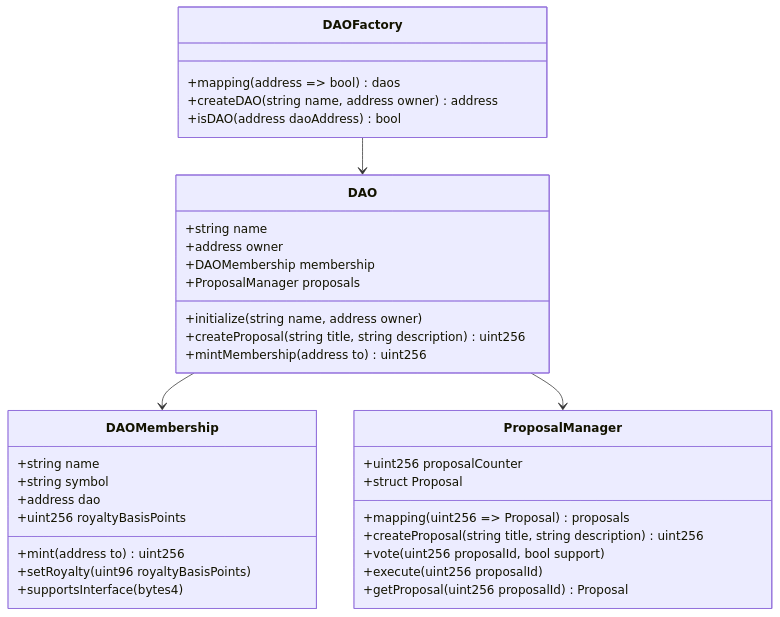
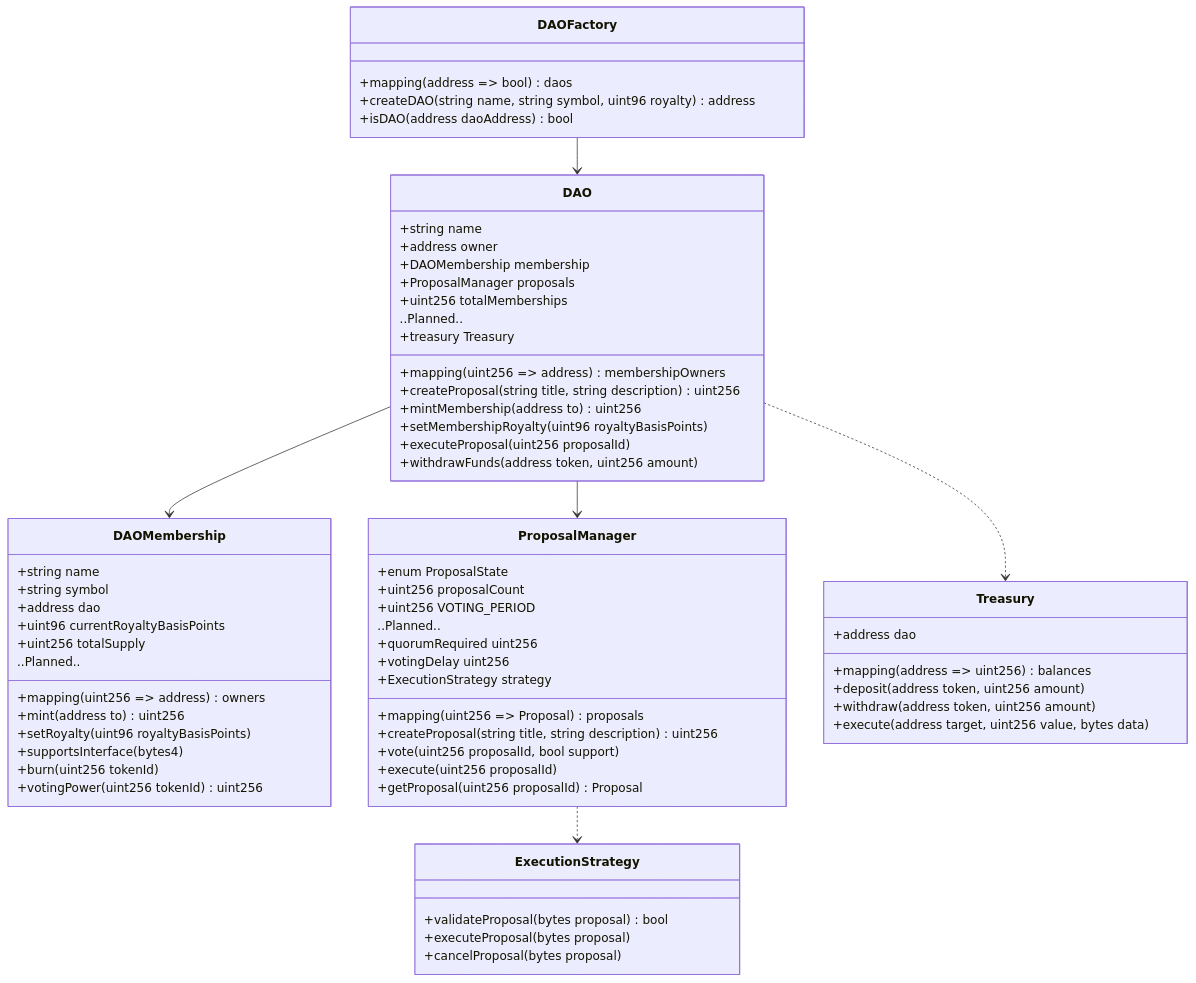
Before and after one commit to Delioos/BallotBlock: the diagram in docs/contracts-achitecture.md, drawn with Mermaid. The commit also changed 4 other files, not shown here.

Commit message:
wip(chore): improve architecture and implement dao level royalties managment

````diff
--- a/docs/contracts-achitecture.md
+++ b/docs/contracts-achitecture.md
@@ -1,42 +1,74 @@
 ```mermaid
 classDiagram
     DAOFactory --> DAO
     DAO --> DAOMembership
     DAO --> ProposalManager
+    DAO ..> Treasury
+    ProposalManager ..> ExecutionStrategy
 
     class DAOFactory {
         +mapping(address => bool) daos
-        +createDAO(string name, address owner) address
+        +createDAO(string name, string symbol, uint96 royalty) address
         +isDAO(address daoAddress) bool
     }
     
     class DAO {
         +string name
         +address owner
         +DAOMembership membership
         +ProposalManager proposals
-        +initialize(string name, address owner)
+        +mapping(uint256 => address) membershipOwners
+        +uint256 totalMemberships
         +createProposal(string title, string description) uint256
         +mintMembership(address to) uint256
+        +setMembershipRoyalty(uint96 royaltyBasisPoints)
+        ..Planned..
+        +treasury Treasury
+        +executeProposal(uint256 proposalId)
+        +withdrawFunds(address token, uint256 amount)
     }
     
     class ProposalManager {
+        +enum ProposalState
         +mapping(uint256 => Proposal) proposals
-        +uint256 proposalCounter
-        +struct Proposal
+        +uint256 proposalCount
+        +uint256 VOTING_PERIOD
         +createProposal(string title, string description) uint256
         +vote(uint256 proposalId, bool support)
         +execute(uint256 proposalId)
         +getProposal(uint256 proposalId) Proposal
+        ..Planned..
+        +quorumRequired uint256
+        +votingDelay uint256
+        +ExecutionStrategy strategy
     }
     
     class DAOMembership {
         +string name
         +string symbol
         +address dao
-        +uint256 royaltyBasisPoints
+        +uint96 currentRoyaltyBasisPoints
+        +mapping(uint256 => address) owners
+        +uint256 totalSupply
         +mint(address to) uint256
         +setRoyalty(uint96 royaltyBasisPoints)
         +supportsInterface(bytes4)
+        ..Planned..
+        +burn(uint256 tokenId)
+        +votingPower(uint256 tokenId) uint256
+    }
+
+    class Treasury {
+        +address dao
+        +mapping(address => uint256) balances
+        +deposit(address token, uint256 amount)
+        +withdraw(address token, uint256 amount)
+        +execute(address target, uint256 value, bytes data)
+    }
+
+    class ExecutionStrategy {
+        +validateProposal(bytes proposal) bool
+        +executeProposal(bytes proposal)
+        +cancelProposal(bytes proposal)
     }
 ```
````
